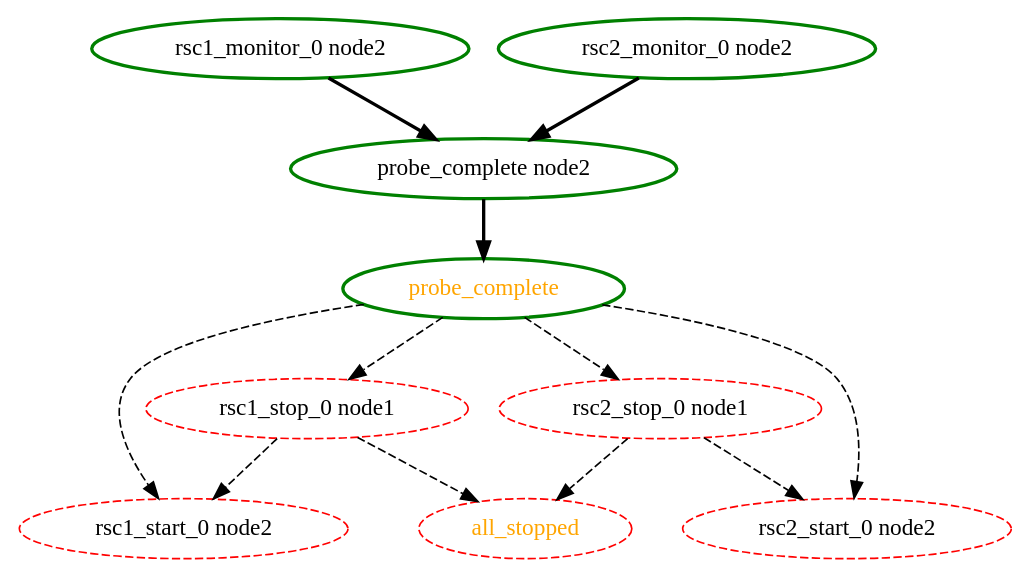
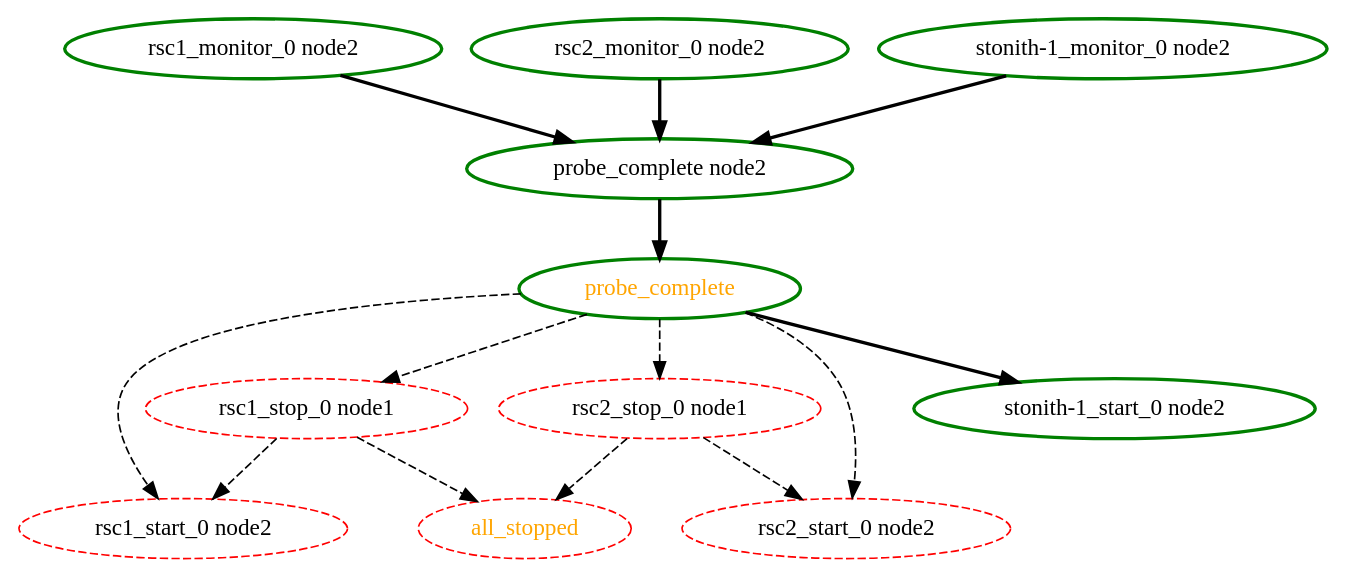
The diagram in pengine/test10/rec-node-10.dot (linux-ha-japan/pm_diskd), drawn with Graphviz before and after one commit. The commit also changed 209 other files, not shown here.

```diff
--- a/pengine/test10/rec-node-10.dot
+++ b/pengine/test10/rec-node-10.dot
@@ -1,22 +1,26 @@
  digraph "g" {
 "all_stopped" [ style=dashed color="red" fontcolor="orange"  ]
 "probe_complete node2" -> "probe_complete" [ style = bold]
 "probe_complete node2" [ style=bold color="green" fontcolor="black" ]
 "probe_complete" -> "rsc1_start_0 node2" [ style = dashed]
 "probe_complete" -> "rsc1_stop_0 node1" [ style = dashed]
 "probe_complete" -> "rsc2_start_0 node2" [ style = dashed]
 "probe_complete" -> "rsc2_stop_0 node1" [ style = dashed]
+"probe_complete" -> "stonith-1_start_0 node2" [ style = bold]
 "probe_complete" [ style=bold color="green" fontcolor="orange" ]
 "rsc1_monitor_0 node2" -> "probe_complete node2" [ style = bold]
 "rsc1_monitor_0 node2" [ style=bold color="green" fontcolor="black" ]
 "rsc1_start_0 node2" [ style=dashed color="red" fontcolor="black"  ]
 "rsc1_stop_0 node1" -> "all_stopped" [ style = dashed]
 "rsc1_stop_0 node1" -> "rsc1_start_0 node2" [ style = dashed]
 "rsc1_stop_0 node1" [ style=dashed color="red" fontcolor="black"  ]
 "rsc2_monitor_0 node2" -> "probe_complete node2" [ style = bold]
 "rsc2_monitor_0 node2" [ style=bold color="green" fontcolor="black" ]
 "rsc2_start_0 node2" [ style=dashed color="red" fontcolor="black"  ]
 "rsc2_stop_0 node1" -> "all_stopped" [ style = dashed]
 "rsc2_stop_0 node1" -> "rsc2_start_0 node2" [ style = dashed]
 "rsc2_stop_0 node1" [ style=dashed color="red" fontcolor="black"  ]
+"stonith-1_monitor_0 node2" -> "probe_complete node2" [ style = bold]
+"stonith-1_monitor_0 node2" [ style=bold color="green" fontcolor="black"  ]
+"stonith-1_start_0 node2" [ style=bold color="green" fontcolor="black"  ]
 }
```
